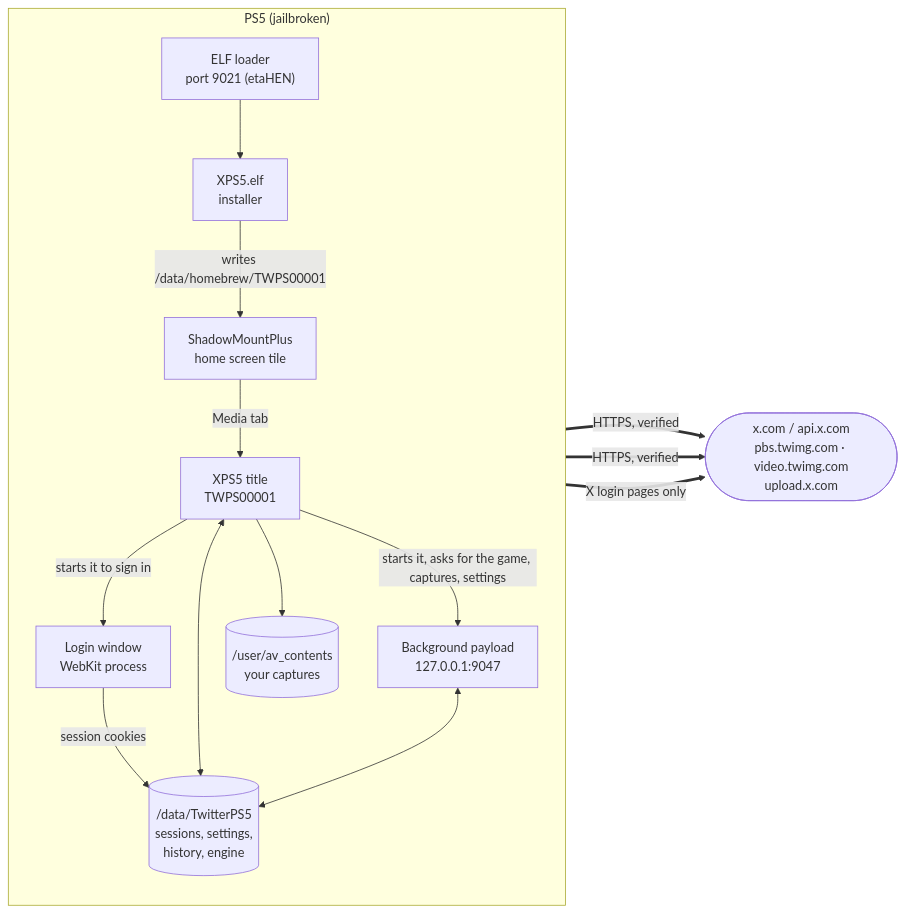
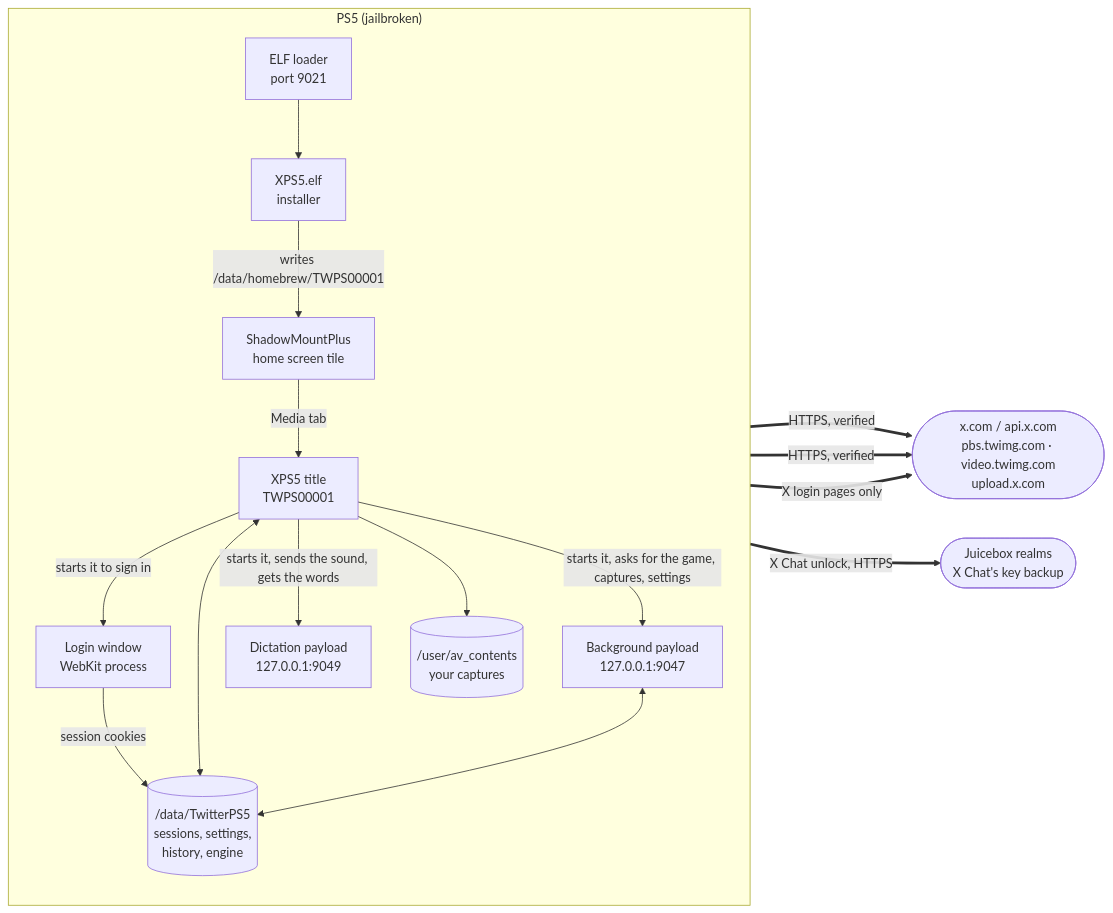
Before and after one commit to ramalhoboss/XPS5: the third of 6 diagrams in README.md, drawn with Mermaid. The commit also changed other lines of this file and 392 other files, not shown here.

````diff
--- a/README.md
+++ b/README.md
@@ -126,28 +149,32 @@
 ```mermaid
 flowchart LR
     subgraph PS5["PS5 (jailbroken)"]
         direction TB
-        LOADER["ELF loader<br/>port 9021 (etaHEN)"]
+        LOADER["ELF loader<br/>port 9021"]
         INST["XPS5.elf<br/>installer"]
         SMP["ShadowMountPlus<br/>home screen tile"]
         TITLE["XPS5 title<br/>TWPS00001"]
         PAY["Background payload<br/>127.0.0.1:9047"]
+        DICT["Dictation payload<br/>127.0.0.1:9049"]
         LOGIN["Login window<br/>WebKit process"]
         DATA[("/data/TwitterPS5<br/>sessions, settings,<br/>history, engine")]
         CAPS[("/user/av_contents<br/>your captures")]
     end
     X(["x.com / api.x.com<br/>pbs.twimg.com · video.twimg.com<br/>upload.x.com"])
+    JB(["Juicebox realms<br/>X Chat's key backup"])
 
     LOADER --> INST
     INST -->|writes /data/homebrew/TWPS00001| SMP
     SMP -->|Media tab| TITLE
     TITLE -->|starts it, asks for the game, captures, settings| PAY
     TITLE -->|starts it to sign in| LOGIN
+    TITLE -->|starts it, sends the sound, gets the words| DICT
     LOGIN -->|session cookies| DATA
     TITLE <--> DATA
     PAY <--> DATA
     TITLE --> CAPS
     TITLE ==>|HTTPS, verified| X
     PAY ==>|HTTPS, verified| X
+    TITLE ==>|X Chat unlock, HTTPS| JB
     LOGIN ==>|X login pages only| X
 ```
````
